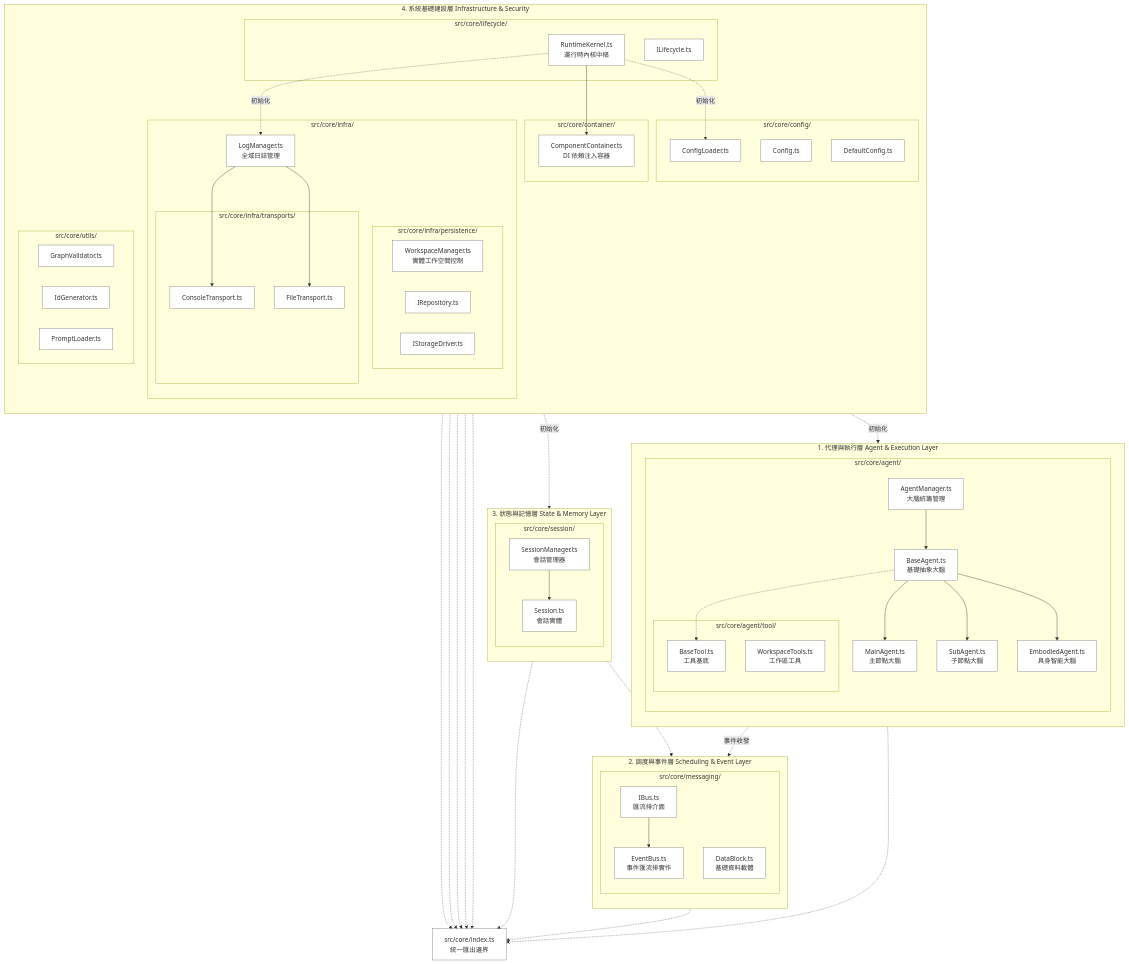
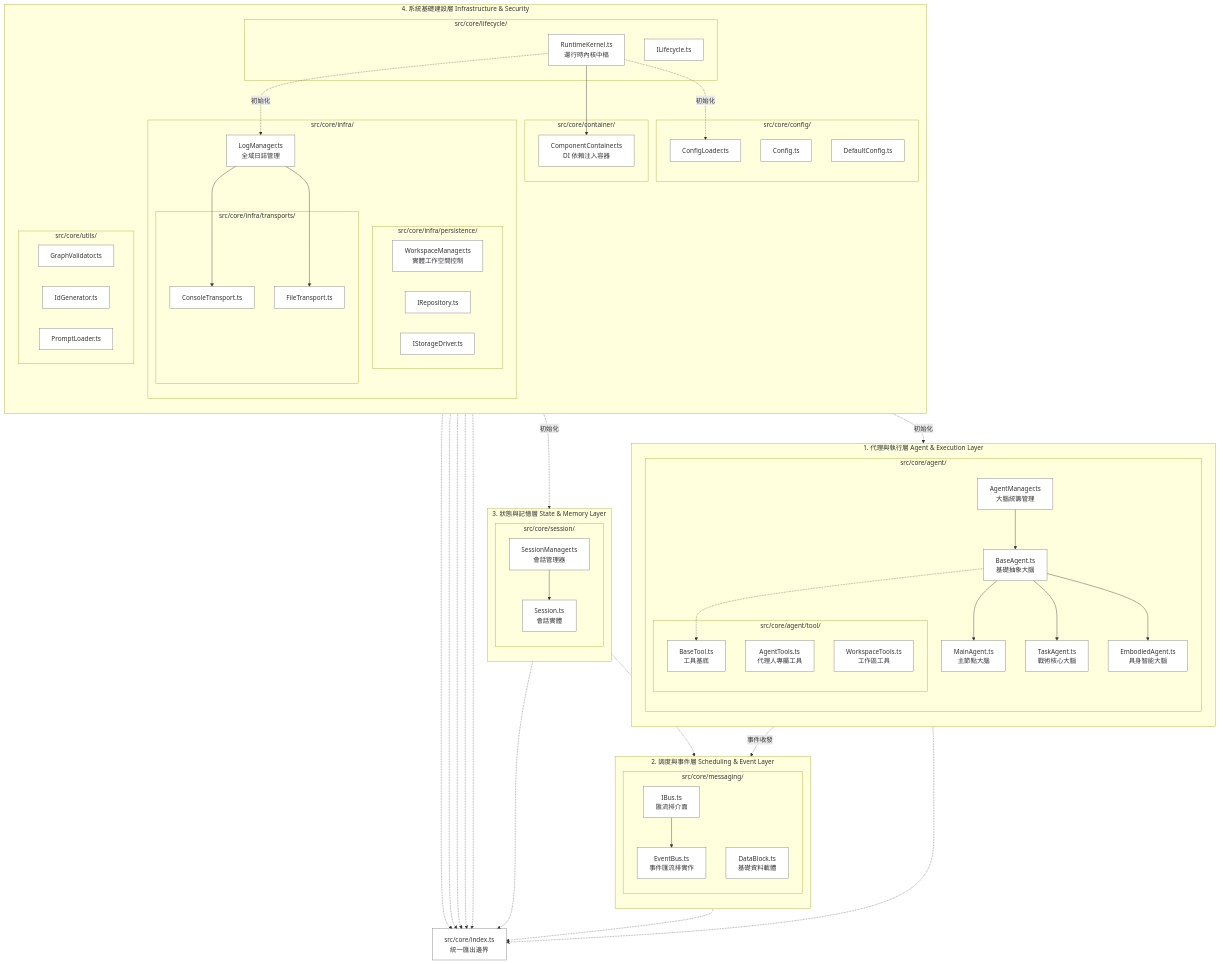
The diagram in README.md (yan-930521/SuperNova), drawn with Mermaid before and after one commit. The commit also changed other lines of this file and 13 other files, not shown here.

Commit message:
docs(architecture): overhaul agent and session documentation for stateless concurrency and projection

```diff
--- a/README.md
+++ b/README.md
@@ -54,18 +54,19 @@
             AgentManager[AgentManager.ts<br>大腦統籌管理]:::file
             BaseAgent[BaseAgent.ts<br>基礎抽象大腦]:::file
             MainAgent[MainAgent.ts<br>主節點大腦]:::file
-            SubAgent[SubAgent.ts<br>子節點大腦]:::file
+            TaskAgent[TaskAgent.ts<br>戰術核心大腦]:::file
             EmbodiedAgent[EmbodiedAgent.ts<br>具身智能大腦]:::file
             
             subgraph DirTool [src/core/agent/tool/]
                 BaseTool[BaseTool.ts<br>工具基底]:::file
+                AgentTools[AgentTools.ts<br>代理人專屬工具]:::file
                 WorkspaceTools[WorkspaceTools.ts<br>工作區工具]:::file
             end
         end
         
         AgentManager --> BaseAgent
         BaseAgent --> MainAgent
-        BaseAgent --> SubAgent
+        BaseAgent --> TaskAgent
         BaseAgent --> EmbodiedAgent
         BaseAgent -.-> BaseTool
     end
```
